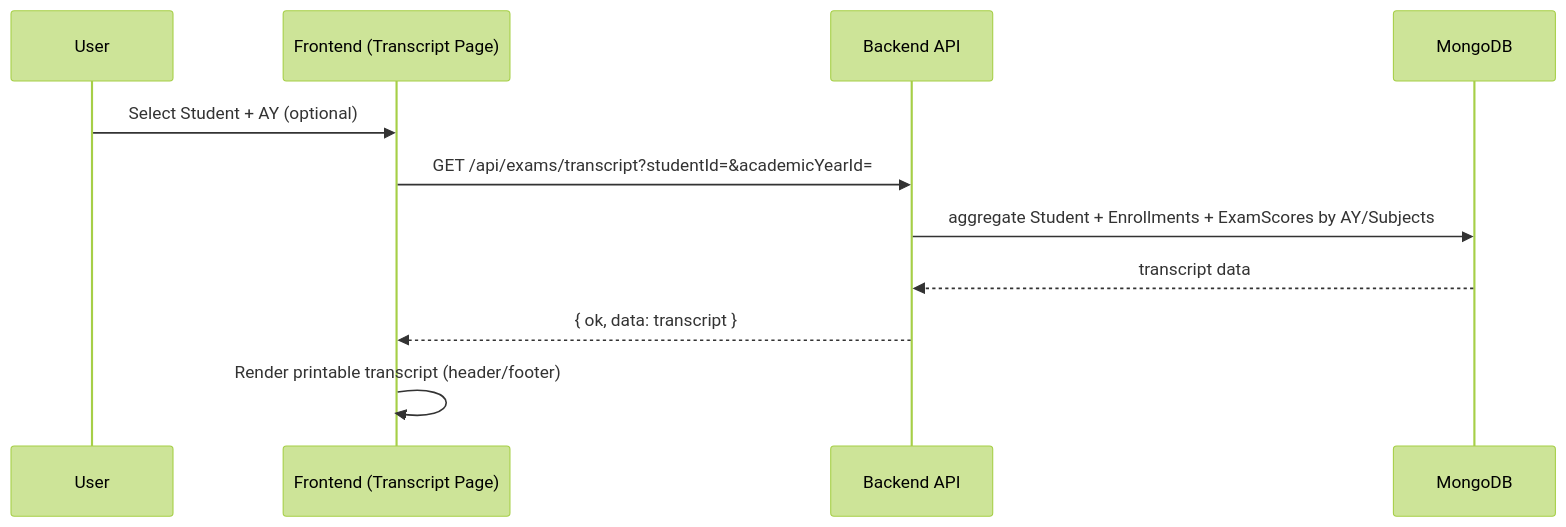
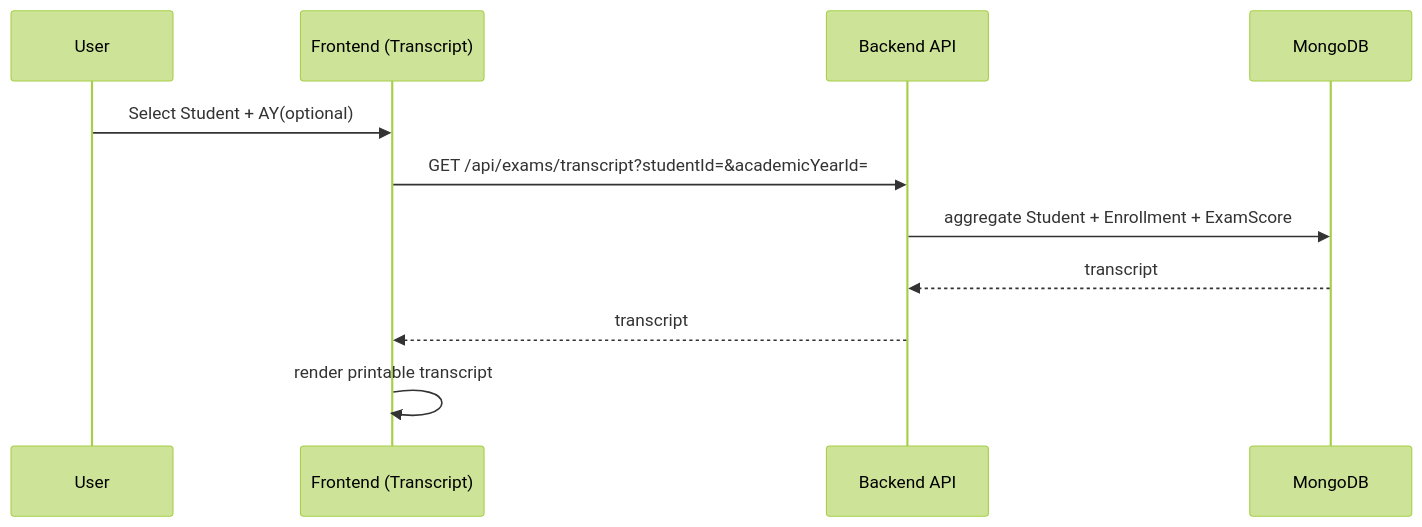
Diagram 13 of 14 in docs/DIAGRAMS.md (khays62/nuuru-al-bayaan), drawn with Mermaid (forest theme) before and after one commit. The commit also changed other lines of this file, not shown here.

Commit message:
docs: fix mermaid diagrams

````diff
--- a/docs/DIAGRAMS.md
+++ b/docs/DIAGRAMS.md
@@ -225,14 +695,14 @@
 ```mermaid
 sequenceDiagram
   participant U as User
-  participant FE as Frontend (Transcript Page)
+  participant FE as Frontend (Transcript)
   participant API as Backend API
   participant DB as MongoDB
 
-  U->>FE: Select Student + AY (optional)
+  U->>FE: Select Student + AY(optional)
   FE->>API: GET /api/exams/transcript?studentId=&academicYearId=
-  API->>DB: aggregate Student + Enrollments + ExamScores by AY/Subjects
-  DB-->>API: transcript data
-  API-->>FE: { ok, data: transcript }
-  FE->>FE: Render printable transcript (header/footer)
+  API->>DB: aggregate Student + Enrollment + ExamScore
+  DB-->>API: transcript
+  API-->>FE: transcript
+  FE->>FE: render printable transcript
 ```
````
